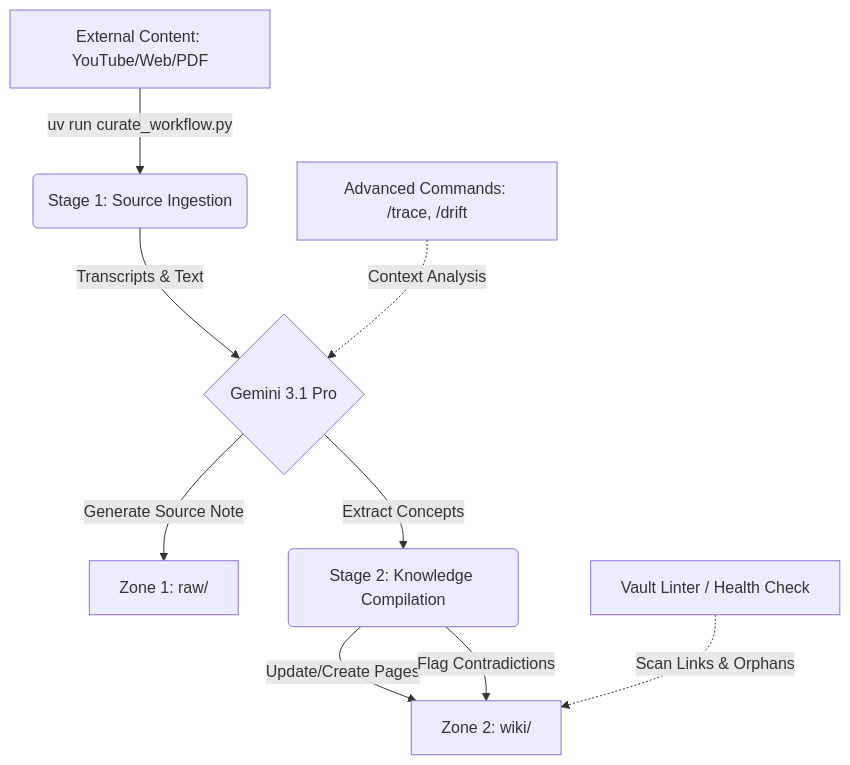
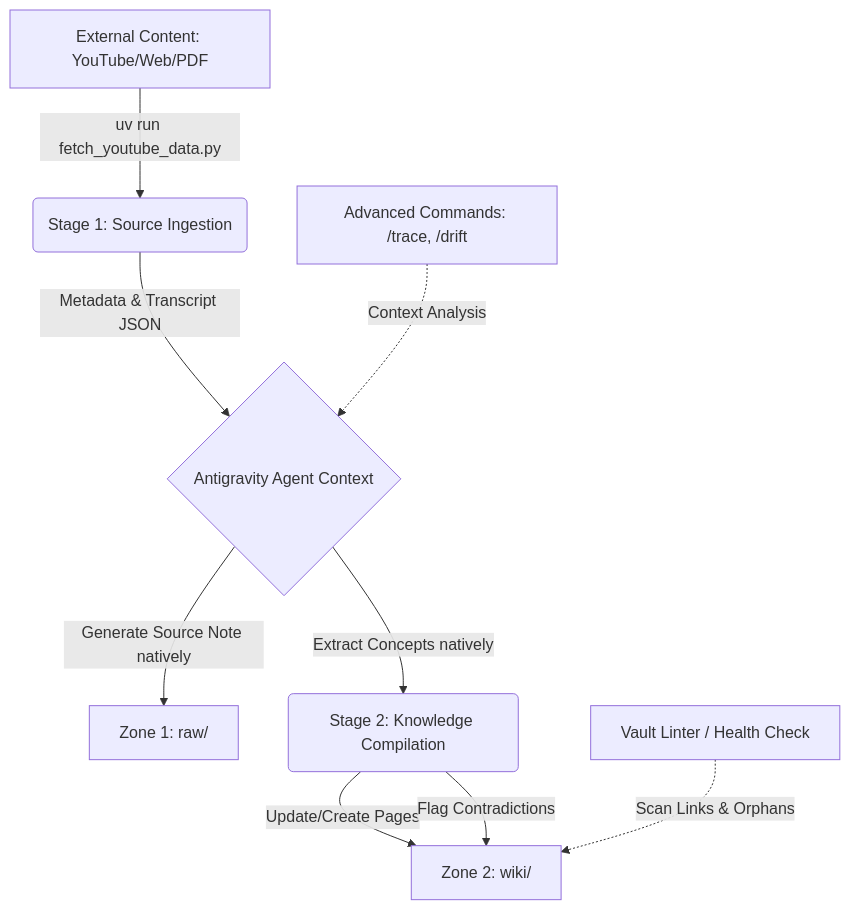
Before and after one commit to c-ibarra/ObsidianKnowledgeCurator: the diagram in README.md, drawn with Mermaid. The commit also changed other lines of this file and 6 other files, not shown here.

Commit message:
docs: reflect Native Agentic Curation architecture (v2.2.0)

````diff
--- a/README.md
+++ b/README.md
@@ -50,12 +50,12 @@
 ```mermaid
 graph TD;
-    A[External Content: YouTube/Web/PDF] -->|uv run curate_workflow.py| B(Stage 1: Source Ingestion)
-    B -->|Transcripts & Text| C{Gemini 3.1 Pro}
-    C -->|Generate Source Note| D[Zone 1: raw/]
-    C -->|Extract Concepts| E(Stage 2: Knowledge Compilation)
+    A[External Content: YouTube/Web/PDF] -->|uv run fetch_youtube_data.py| B(Stage 1: Source Ingestion)
+    B -->|Metadata & Transcript JSON| C{Antigravity Agent Context}
+    C -->|Generate Source Note natively| D[Zone 1: raw/]
+    C -->|Extract Concepts natively| E(Stage 2: Knowledge Compilation)
     E -->|Update/Create Pages| F[Zone 2: wiki/]
     E -->|Flag Contradictions| F
     
     G[Vault Linter / Health Check] -.->|Scan Links & Orphans| F
     H[Advanced Commands: /trace, /drift] -.->|Context Analysis| C
 ```
````
